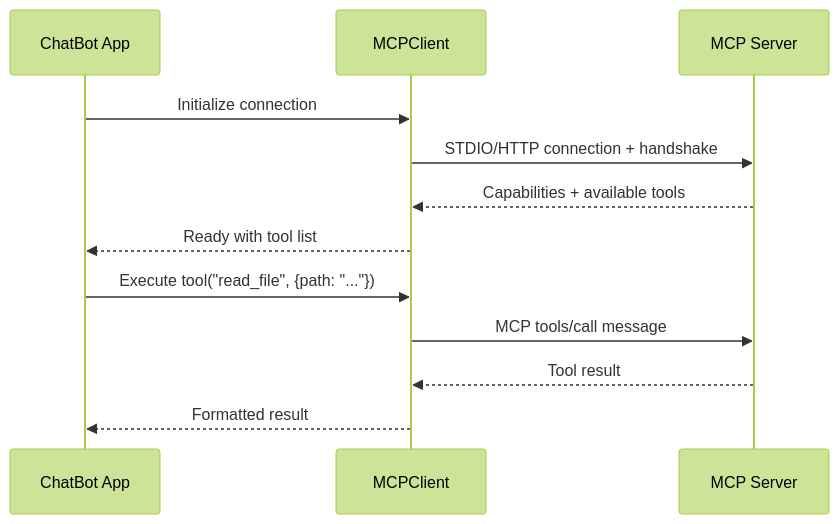
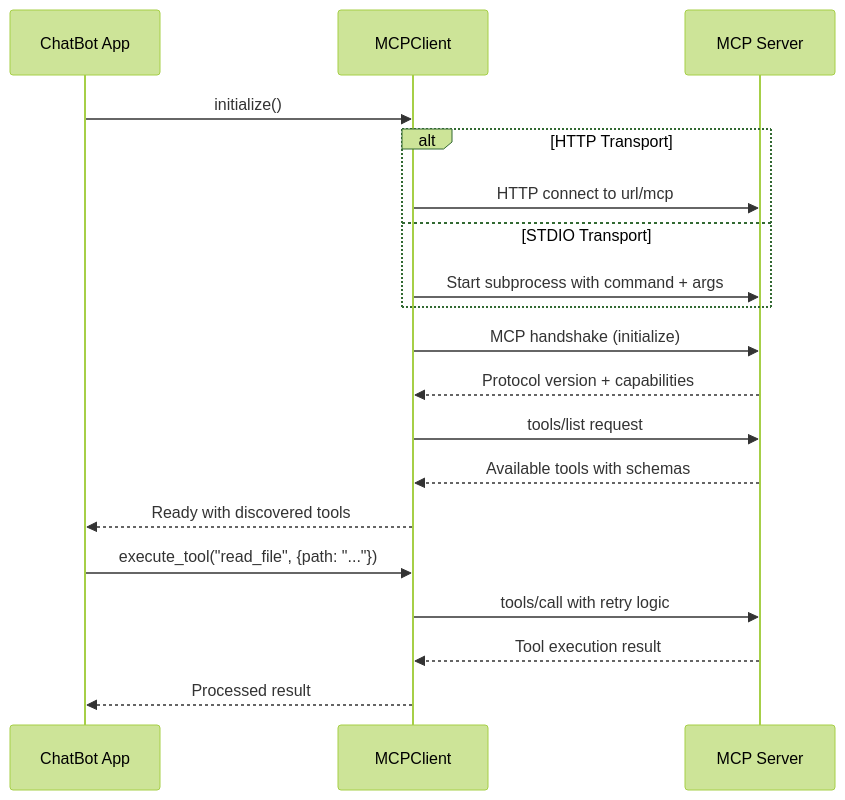
One commit to adamsiemaszkiewicz/ubs-mcp-poc changed the second of 4 diagrams in README.md. Above: the diagram before and after it, drawn with Mermaid (forest theme). The commit also changed other lines of this file, not shown here.

````diff
--- a/README.md
+++ b/README.md
@@ -72,16 +120,25 @@
 ```mermaid
 sequenceDiagram
     participant App as ChatBot App
     participant Client as MCPClient
     participant Server as MCP Server
     
-    App->>Client: Initialize connection
-    Client->>Server: STDIO/HTTP connection + handshake
-    Server-->>Client: Capabilities + available tools
-    Client-->>App: Ready with tool list
+    App->>Client: initialize()
     
-    App->>Client: Execute tool("read_file", {path: "..."})
-    Client->>Server: MCP tools/call message
-    Server-->>Client: Tool result
-    Client-->>App: Formatted result
+    alt HTTP Transport
+        Client->>Server: HTTP connect to url/mcp
+    else STDIO Transport
+        Client->>Server: Start subprocess with command + args
+    end
+    
+    Client->>Server: MCP handshake (initialize)
+    Server-->>Client: Protocol version + capabilities
+    Client->>Server: tools/list request
+    Server-->>Client: Available tools with schemas
+    Client-->>App: Ready with discovered tools
+    
+    App->>Client: execute_tool("read_file", {path: "..."})
+    Client->>Server: tools/call with retry logic
+    Server-->>Client: Tool execution result
+    Client-->>App: Processed result
 ```
````
